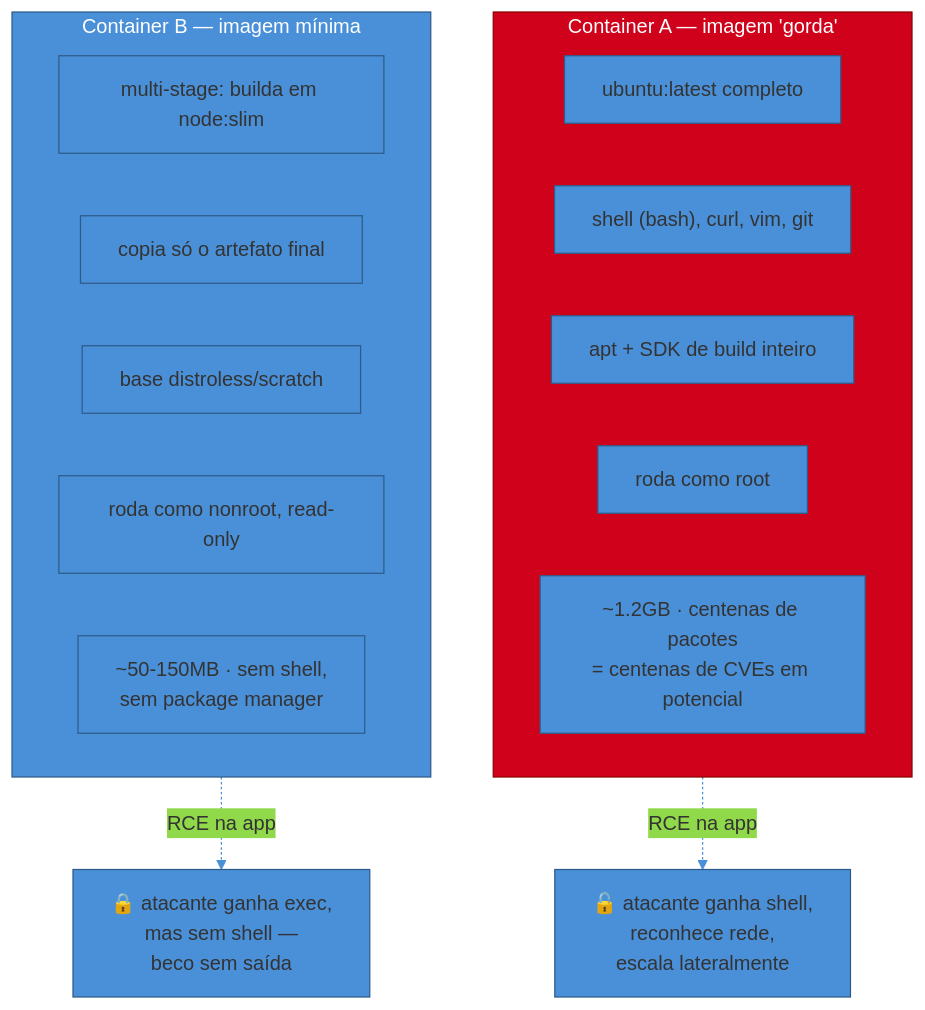
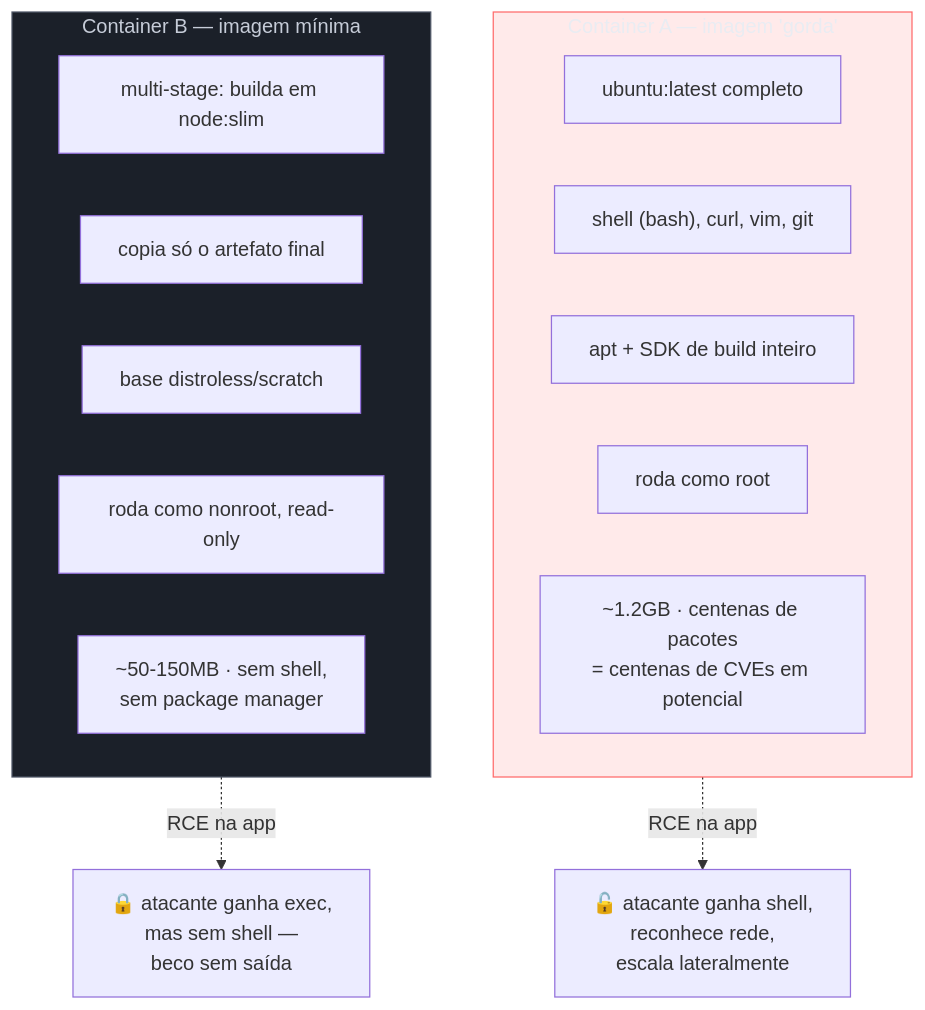
One commit to josenaldo/codex-technomanticus changed the first of 2 diagrams in 03-Dominios/Engenharia/Operação/3 - Rodar em produção/01 - Containers em produção.md. Above: the diagram before and after it, drawn with Mermaid. The commit also changed other lines of this file and 1181 other files, not shown here.

First line of the commit message:
fix(diagramas): paleta do sistema no lugar de cor cravada no markdown

````diff
--- a/03-Dominios/Engenharia/Operação/3 - Rodar em produção/01 - Containers em produção.md
+++ b/03-Dominios/Engenharia/Operação/3 - Rodar em produção/01 - Containers em produção.md
@@ -65,22 +65,23 @@
 ```mermaid
-%%{init: {"theme": "base", "themeVariables": {"primaryColor": "#4A90D9", "primaryBorderColor": "#2E5C8A", "lineColor": "#4A90D9"}}}%%
 graph TD
+    classDef falha fill:#FF6B6B24,stroke:#FF6B6B,color:#E9ECF2
+    classDef neutro fill:#1B2029,stroke:#4E5666,color:#C6CCD8
     subgraph GORDA["Container A — imagem 'gorda'"]
         G1["ubuntu:latest completo"]
         G2["shell (bash), curl, vim, git"]
         G3["apt + SDK de build inteiro"]
         G4["roda como root"]
         G5["~1.2GB · centenas de pacotes<br/>= centenas de CVEs em potencial"]
     end
     subgraph MINIMA["Container B — imagem mínima"]
         M1["multi-stage: builda em node:slim"]
         M2["copia só o artefato final"]
         M3["base distroless/scratch"]
         M4["roda como nonroot, read-only"]
         M5["~50-150MB · sem shell,<br/>sem package manager"]
     end
     GORDA -.->|"RCE na app"| SHELL["🔓 atacante ganha shell,<br/>reconhece rede,<br/>escala lateralmente"]
     MINIMA -.->|"RCE na app"| DEADEND["🔒 atacante ganha exec,<br/>mas sem shell —<br/>beco sem saída"]
-    style GORDA fill:#D0021B,stroke:#8B0000,color:#fff
-    style MINIMA fill:#4A90D9,stroke:#2E5C8A,color:#fff
+    class GORDA falha
+    class MINIMA neutro
 ```
````
